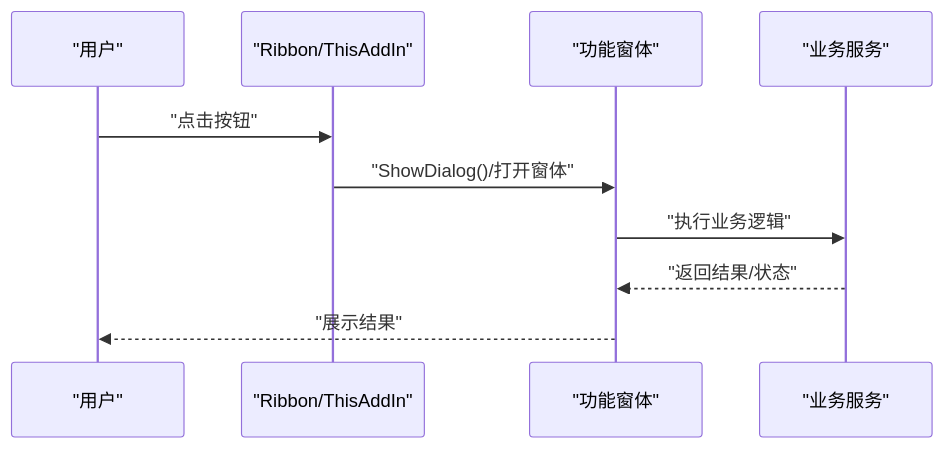
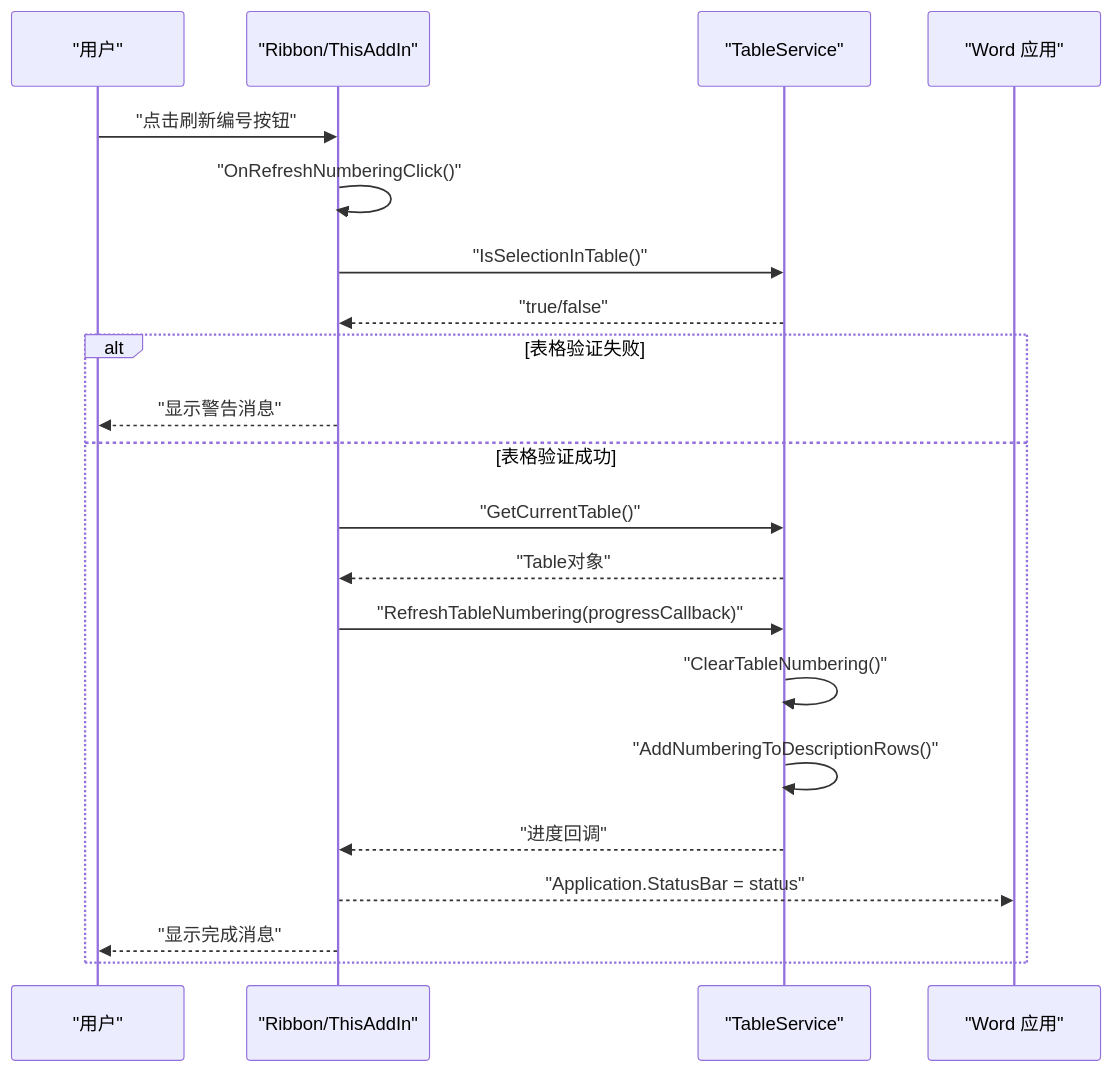
The tenth of 12 diagrams in .qoder/repowiki/zh/content/架构设计/Ribbon界面系统.md (rainiva/WordTools), drawn with Mermaid before and after one commit. The commit also changed other lines of this file and 12 other files, not shown here.

````diff
--- a/.qoder/repowiki/zh/content/架构设计/Ribbon界面系统.md
+++ b/.qoder/repowiki/zh/content/架构设计/Ribbon界面系统.md
@@ -360,12 +416,23 @@
 ```mermaid
 sequenceDiagram
 participant User as "用户"
 participant Ribbon as "Ribbon/ThisAddIn"
-participant Form as "功能窗体"
-participant Service as "业务服务"
-User->>Ribbon : "点击按钮"
-Ribbon->>Form : "ShowDialog()/打开窗体"
-Form->>Service : "执行业务逻辑"
-Service-->>Form : "返回结果/状态"
-Form-->>User : "展示结果"
+participant TableService as "TableService"
+participant Word as "Word 应用"
+User->>Ribbon : "点击刷新编号按钮"
+Ribbon->>Ribbon : "OnRefreshNumberingClick()"
+Ribbon->>TableService : "IsSelectionInTable()"
+TableService-->>Ribbon : "true/false"
+alt 表格验证失败
+Ribbon-->>User : "显示警告消息"
+else 表格验证成功
+Ribbon->>TableService : "GetCurrentTable()"
+TableService-->>Ribbon : "Table对象"
+Ribbon->>TableService : "RefreshTableNumbering(progressCallback)"
+TableService->>TableService : "ClearTableNumbering()"
+TableService->>TableService : "AddNumberingToDescriptionRows()"
+TableService-->>Ribbon : "进度回调"
+Ribbon-->>Word : "Application.StatusBar = status"
+Ribbon-->>User : "显示完成消息"
+end
 ```
````
